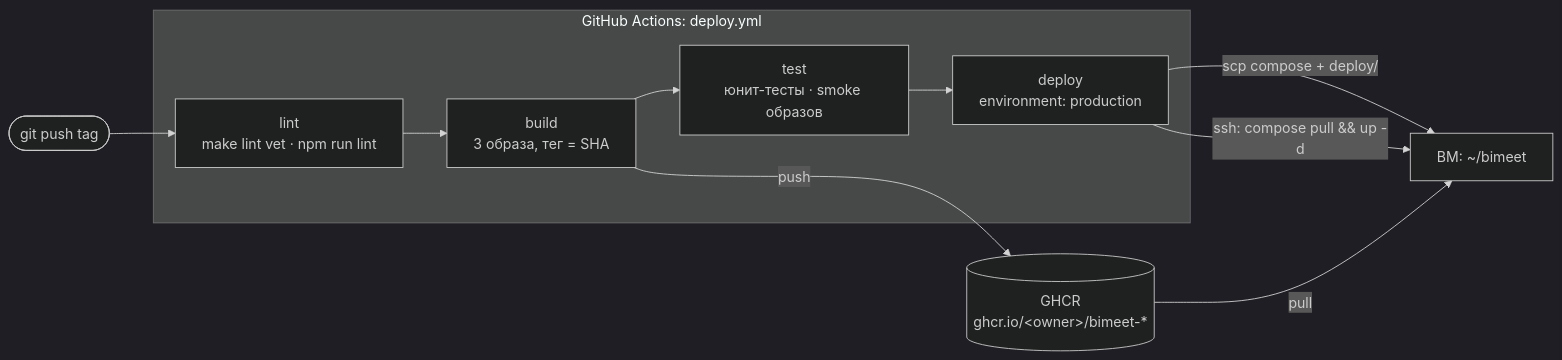
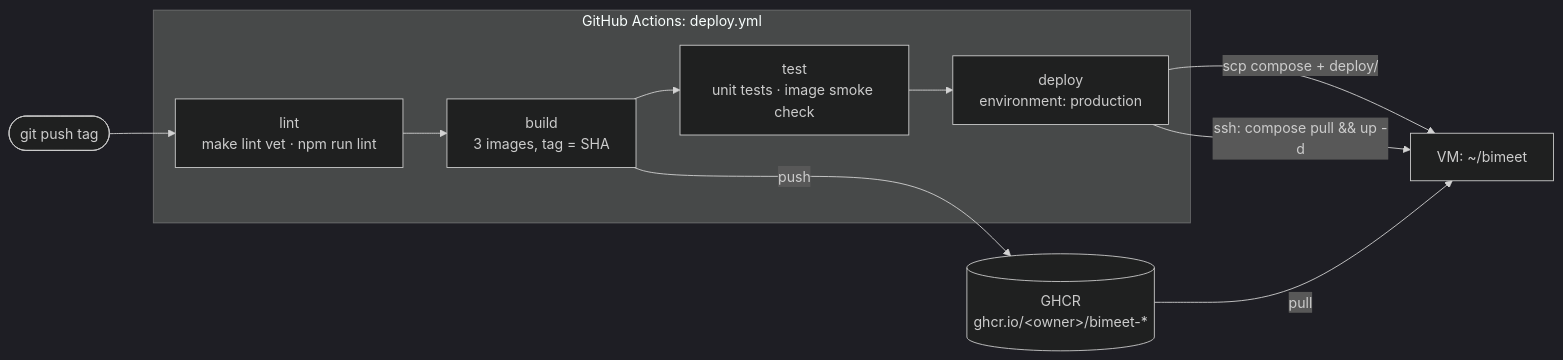
One commit to AntonSlavshchikov/bimeet changed the second of 4 diagrams in docs/architecture.md. Above: the diagram before and after it, drawn with Mermaid (dark theme). The commit also changed other lines of this file and 5 other files, not shown here.

First line of the commit message:
docs: translate adrs and architecture to english

````diff
--- a/docs/architecture.md
+++ b/docs/architecture.md
@@ -35,15 +35,15 @@
 ```mermaid
 flowchart LR
     dev([git push tag]) --> lint
     subgraph gha["GitHub Actions: deploy.yml"]
         lint["lint<br/>make lint vet · npm run lint"]
-        build["build<br/>3 образа, тег = SHA"]
-        test["test<br/>юнит-тесты · smoke образов"]
+        build["build<br/>3 images, tag = SHA"]
+        test["test<br/>unit tests · image smoke check"]
         deploy["deploy<br/>environment: production"]
         lint --> build --> test --> deploy
     end
     build -- push --> ghcr[("GHCR<br/>ghcr.io/&lt;owner&gt;/bimeet-*")]
-    deploy -- "scp compose + deploy/" --> vm["ВМ: ~/bimeet"]
+    deploy -- "scp compose + deploy/" --> vm["VM: ~/bimeet"]
     deploy -- "ssh: compose pull && up -d" --> vm
     ghcr -- pull --> vm
 ```
````
